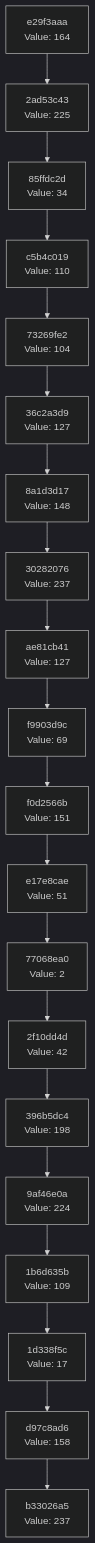
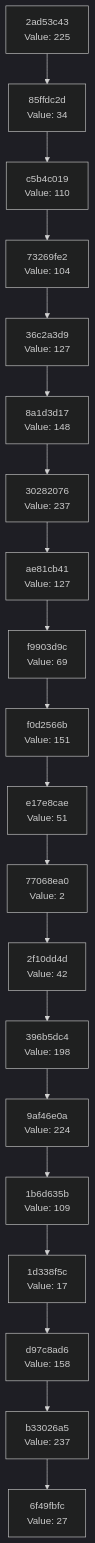
The diagram in docs/CHAIN_VISUALIZATION.md (Abhisheksinha1506/hash-chain-evolver), drawn with Mermaid (dark theme) before and after one commit. The commit also changed 1 other file, not shown here.

Commit message:
Evolution step: hash 0x1B → action executed

````diff
--- a/docs/CHAIN_VISUALIZATION.md
+++ b/docs/CHAIN_VISUALIZATION.md
@@ -3,42 +3,42 @@
 ```mermaid
 graph TD
-    C0["b33026a5<br/>Value: 237"]
-    C1["d97c8ad6<br/>Value: 158"]
+    C0["6f49fbfc<br/>Value: 27"]
+    C1["b33026a5<br/>Value: 237"]
     C1 --> C0
-    C2["1d338f5c<br/>Value: 17"]
+    C2["d97c8ad6<br/>Value: 158"]
     C2 --> C1
-    C3["1b6d635b<br/>Value: 109"]
+    C3["1d338f5c<br/>Value: 17"]
     C3 --> C2
-    C4["9af46e0a<br/>Value: 224"]
+    C4["1b6d635b<br/>Value: 109"]
     C4 --> C3
-    C5["396b5dc4<br/>Value: 198"]
+    C5["9af46e0a<br/>Value: 224"]
     C5 --> C4
-    C6["2f10dd4d<br/>Value: 42"]
+    C6["396b5dc4<br/>Value: 198"]
     C6 --> C5
-    C7["77068ea0<br/>Value: 2"]
+    C7["2f10dd4d<br/>Value: 42"]
     C7 --> C6
-    C8["e17e8cae<br/>Value: 51"]
+    C8["77068ea0<br/>Value: 2"]
     C8 --> C7
-    C9["f0d2566b<br/>Value: 151"]
+    C9["e17e8cae<br/>Value: 51"]
     C9 --> C8
-    C10["f9903d9c<br/>Value: 69"]
+    C10["f0d2566b<br/>Value: 151"]
     C10 --> C9
-    C11["ae81cb41<br/>Value: 127"]
+    C11["f9903d9c<br/>Value: 69"]
     C11 --> C10
-    C12["30282076<br/>Value: 237"]
+    C12["ae81cb41<br/>Value: 127"]
     C12 --> C11
-    C13["8a1d3d17<br/>Value: 148"]
+    C13["30282076<br/>Value: 237"]
     C13 --> C12
-    C14["36c2a3d9<br/>Value: 127"]
+    C14["8a1d3d17<br/>Value: 148"]
     C14 --> C13
-    C15["73269fe2<br/>Value: 104"]
+    C15["36c2a3d9<br/>Value: 127"]
     C15 --> C14
-    C16["c5b4c019<br/>Value: 110"]
+    C16["73269fe2<br/>Value: 104"]
     C16 --> C15
-    C17["85ffdc2d<br/>Value: 34"]
+    C17["c5b4c019<br/>Value: 110"]
     C17 --> C16
-    C18["2ad53c43<br/>Value: 225"]
+    C18["85ffdc2d<br/>Value: 34"]
     C18 --> C17
-    C19["e29f3aaa<br/>Value: 164"]
+    C19["2ad53c43<br/>Value: 225"]
     C19 --> C18
 ```
````
